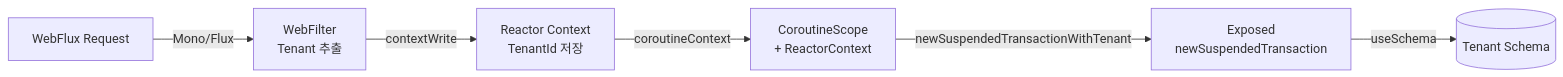
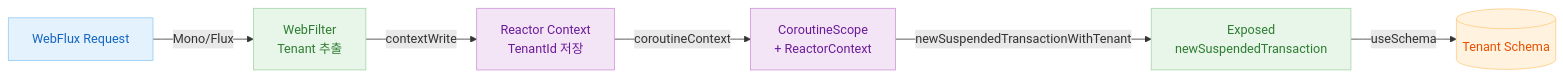
Before and after one commit to bluetape4k/exposed-workshop: the third of 4 diagrams in 10-multi-tenant/03-multitenant-spring-webflux/README.md, drawn with Mermaid. The commit also changed other lines of this file and 56 other files, not shown here.

First line of the commit message:
docs: 전체 README mermaid 다이어그램에 파스텔 톤 색상 적용

````diff
--- a/10-multi-tenant/03-multitenant-spring-webflux/README.md
+++ b/10-multi-tenant/03-multitenant-spring-webflux/README.md
@@ -142,8 +153,20 @@
 ```mermaid
 flowchart LR
     Request[WebFlux Request] --> |Mono/Flux| WebFilter[WebFilter\nTenant 추출]
     WebFilter --> |contextWrite| ReactorCtx[Reactor Context\nTenantId 저장]
     ReactorCtx --> |coroutineContext| CoroutineScope[CoroutineScope\n+ ReactorContext]
     CoroutineScope --> |newSuspendedTransactionWithTenant| ExposedDB[Exposed\nnewSuspendedTransaction]
     ExposedDB --> |useSchema| TenantDB[(Tenant Schema)]
+
+    classDef blue fill:#E3F2FD,stroke:#90CAF9,color:#1565C0
+    classDef green fill:#E8F5E9,stroke:#A5D6A7,color:#2E7D32
+    classDef purple fill:#F3E5F5,stroke:#CE93D8,color:#6A1B9A
+    classDef orange fill:#FFF3E0,stroke:#FFCC80,color:#E65100
+
+    class Request blue
+    class WebFilter green
+    class ReactorCtx purple
+    class CoroutineScope purple
+    class ExposedDB green
+    class TenantDB orange
 ```
````
